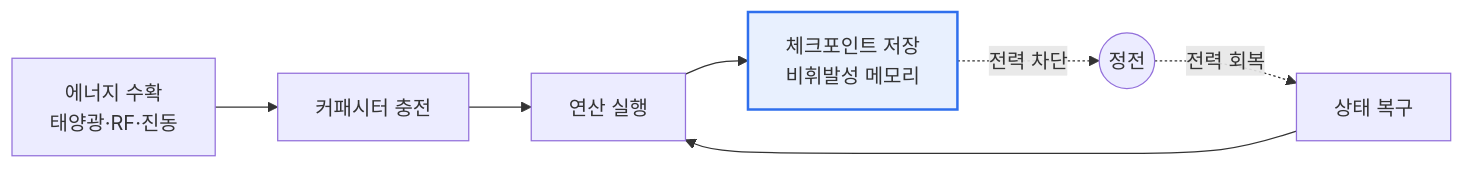
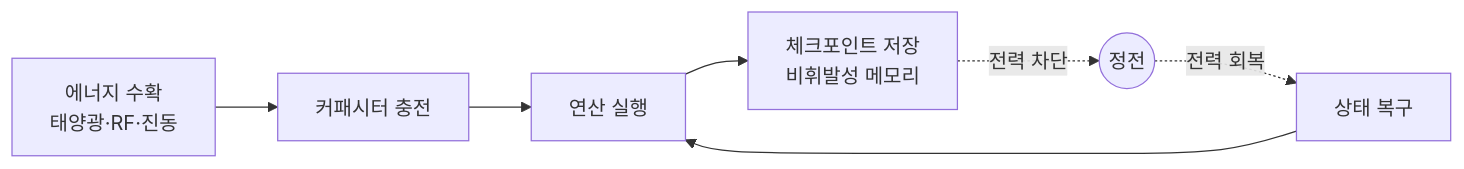
One commit to coninggu/wjdqhrhksflrltnftk changed the diagram in content/intermittent-computing.md. Above: the diagram before and after it, drawn with Mermaid. The commit also changed other lines of this file and 28 other files, not shown here.

````diff
--- a/content/intermittent-computing.md
+++ b/content/intermittent-computing.md
@@ -14,10 +14,9 @@
 ```mermaid
 flowchart LR
   H[에너지 수확<br/>태양광·RF·진동] --> B[커패시터 충전]
   B --> E[연산 실행]
   E --> C[체크포인트 저장<br/>비휘발성 메모리]
   C -. 전력 차단 .-> P((정전))
   P -. 전력 회복 .-> R[상태 복구]
   R --> E
-  style C fill:#e8f0fe,stroke:#2f6fed,stroke-width:2px
 ```
````
